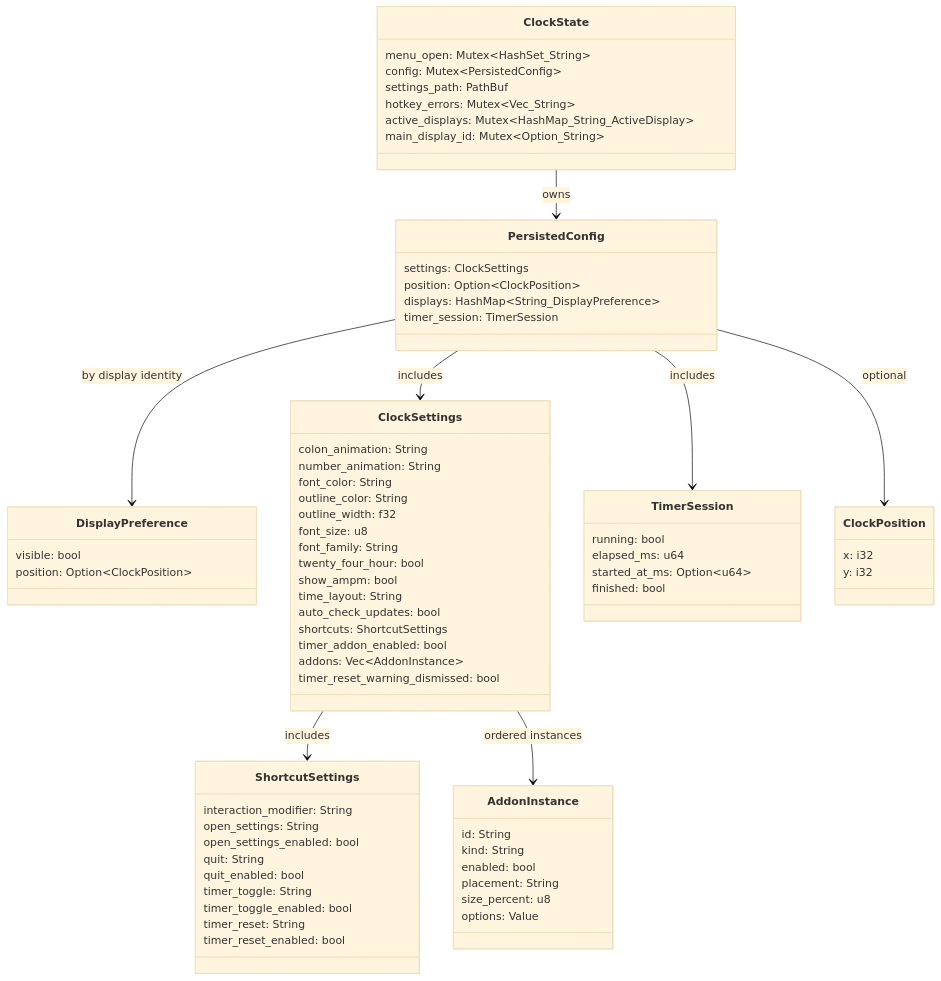
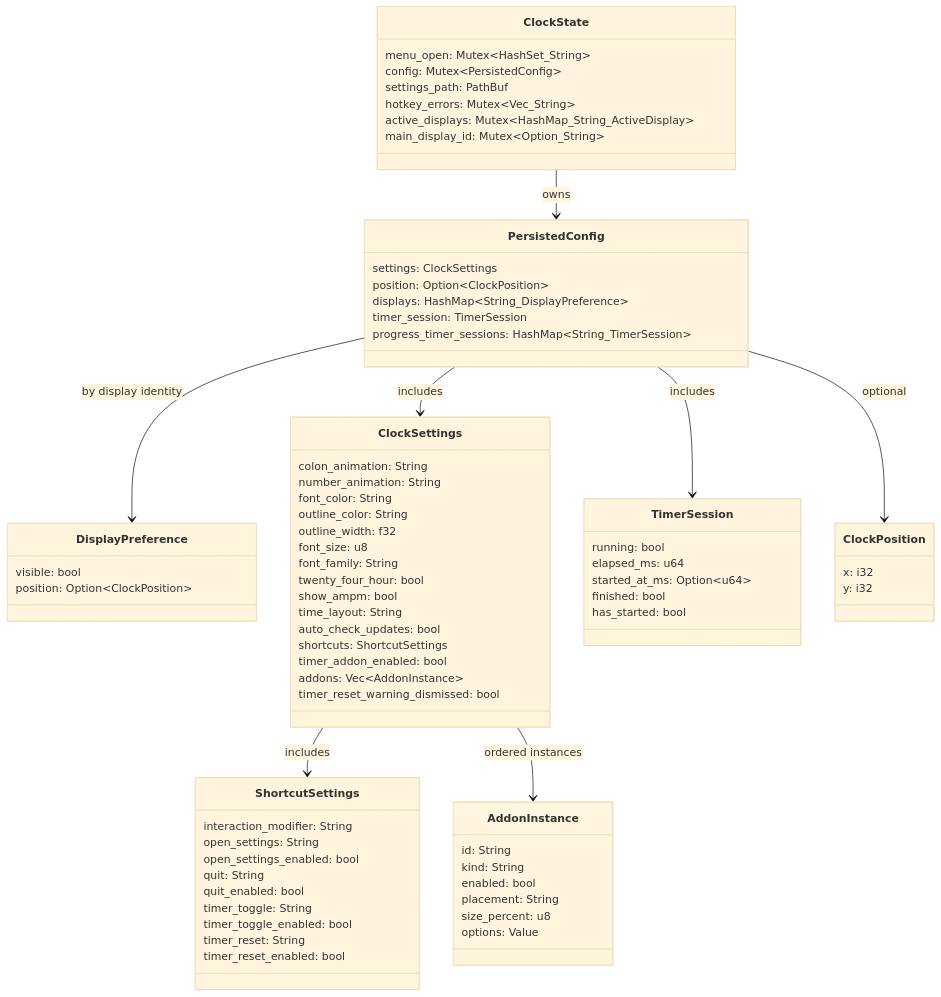
Before and after one commit to tbkmax/TopClock: the sixth of 9 diagrams in src-tauri/src/doc/workflow_diagram.md, drawn with Mermaid (base theme). The commit also changed other lines of this file and 17 other files, not shown here.

Commit message:
fix(progress_bar): fix wrong behavior of countdown timer

````diff
--- a/src-tauri/src/doc/workflow_diagram.md
+++ b/src-tauri/src/doc/workflow_diagram.md
@@ -107,74 +107,76 @@
 ```mermaid
 classDiagram
     class ClockState {
       menu_open: Mutex~HashSet_String~
       config: Mutex~PersistedConfig~
       settings_path: PathBuf
       hotkey_errors: Mutex~Vec_String~
       active_displays: Mutex~HashMap_String_ActiveDisplay~
       main_display_id: Mutex~Option_String~
     }
     class PersistedConfig {
       settings: ClockSettings
       position: Option~ClockPosition~
       displays: HashMap~String_DisplayPreference~
       timer_session: TimerSession
+      progress_timer_sessions: HashMap~String_TimerSession~
     }
     class DisplayPreference {
       visible: bool
       position: Option~ClockPosition~
     }
     class ClockSettings {
       colon_animation: String
       number_animation: String
       font_color: String
       outline_color: String
       outline_width: f32
       font_size: u8
       font_family: String
       twenty_four_hour: bool
       show_ampm: bool
       time_layout: String
       auto_check_updates: bool
       shortcuts: ShortcutSettings
       timer_addon_enabled: bool
       addons: Vec~AddonInstance~
       timer_reset_warning_dismissed: bool
     }
     class ShortcutSettings {
       interaction_modifier: String
       open_settings: String
       open_settings_enabled: bool
       quit: String
       quit_enabled: bool
       timer_toggle: String
       timer_toggle_enabled: bool
       timer_reset: String
       timer_reset_enabled: bool
     }
     class AddonInstance {
       id: String
       kind: String
       enabled: bool
       placement: String
       size_percent: u8
       options: Value
     }
     class TimerSession {
       running: bool
       elapsed_ms: u64
       started_at_ms: Option~u64~
       finished: bool
+      has_started: bool
     }
     class ClockPosition {
       x: i32
       y: i32
     }
     ClockState --> PersistedConfig : owns
     PersistedConfig --> ClockSettings : includes
     ClockSettings --> ShortcutSettings : includes
     ClockSettings --> AddonInstance : ordered instances
     PersistedConfig --> TimerSession : includes
     PersistedConfig --> ClockPosition : optional
     PersistedConfig --> DisplayPreference : by display identity
 ```
````
